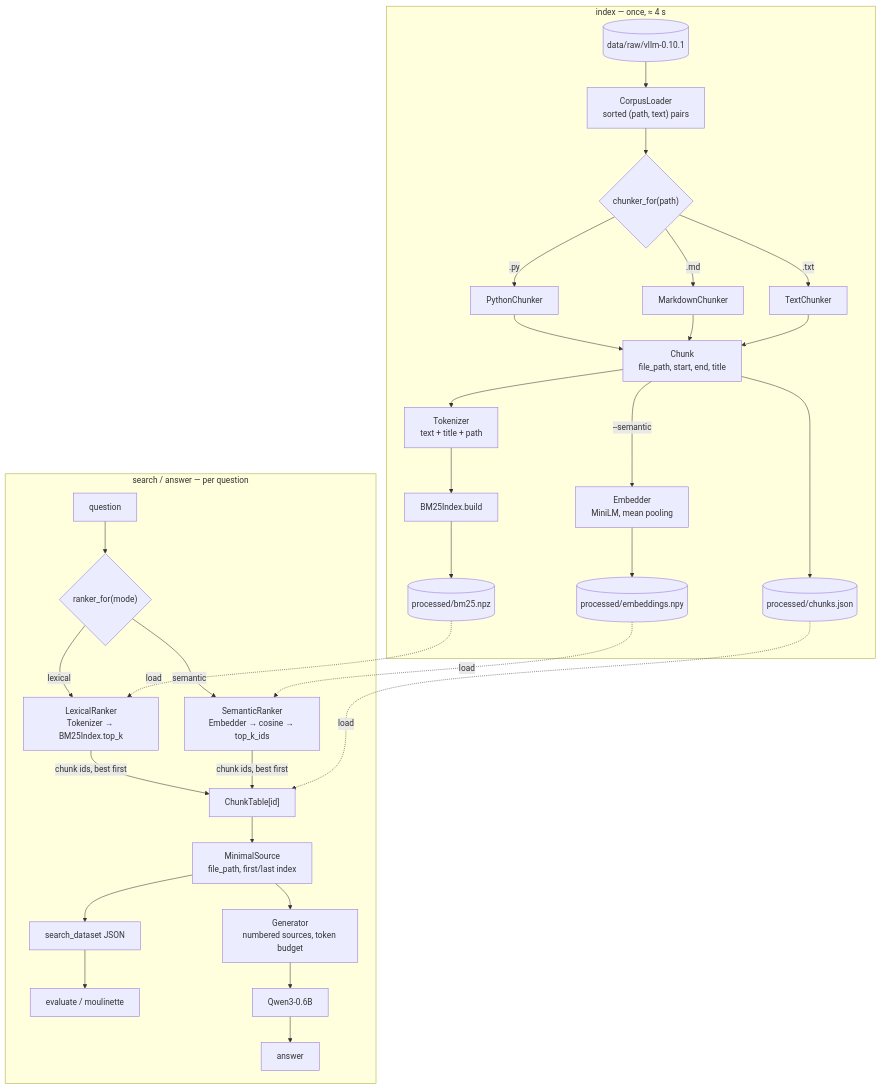
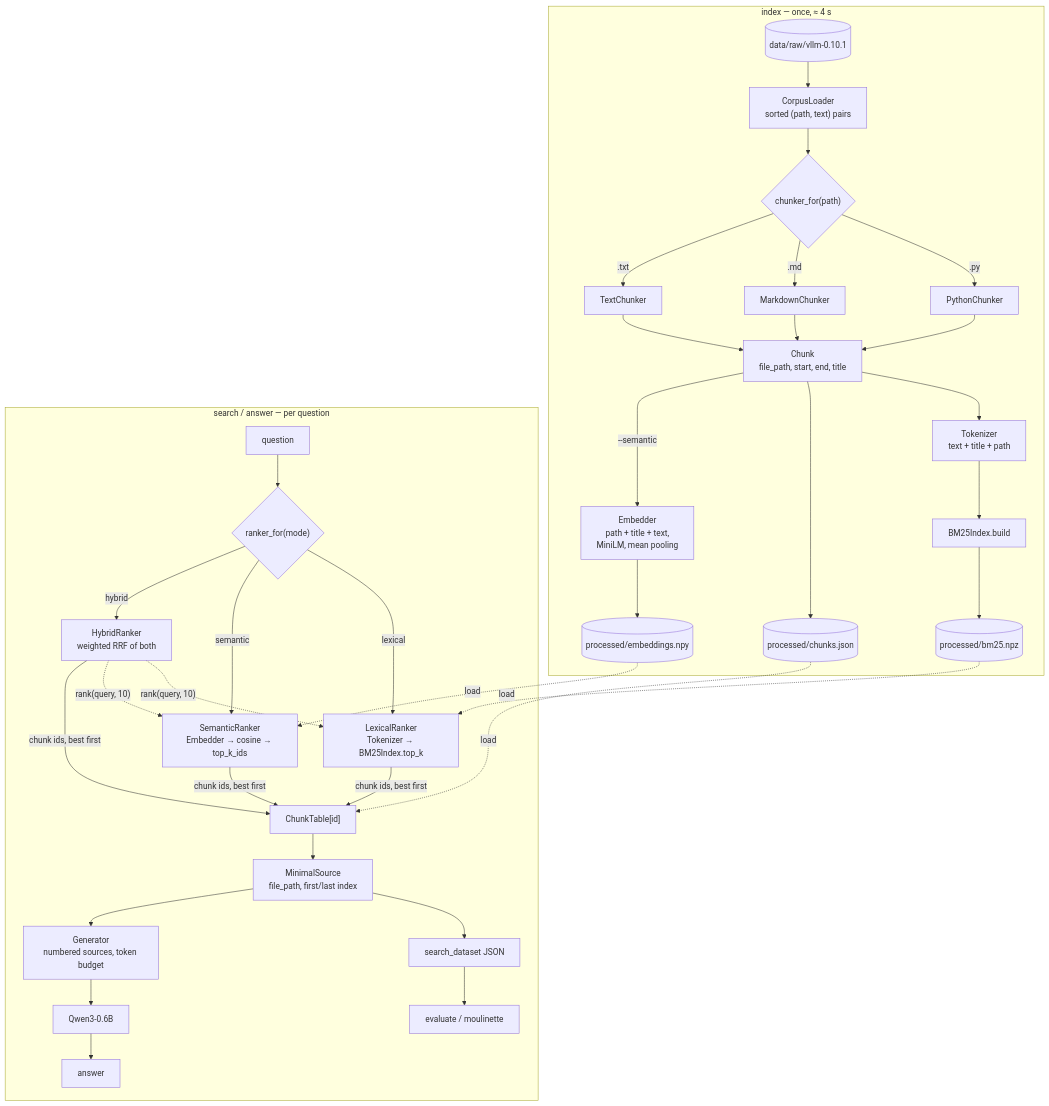
Before and after one commit to creerghost/RAG_against_the_machine: the diagram in README.md, drawn with Mermaid. The commit also changed other lines of this file and 2 other files, not shown here.

````diff
--- a/README.md
+++ b/README.md
@@ -235,37 +249,41 @@
 ```mermaid
 flowchart TD
     subgraph INDEX["index — once, ≈ 4 s"]
         RAW[("data/raw/vllm-0.10.1")] --> LOAD["CorpusLoader<br/>sorted (path, text) pairs"]
         LOAD --> PICK{"chunker_for(path)"}
         PICK -->|".py"| PY["PythonChunker"]
         PICK -->|".md"| MD["MarkdownChunker"]
         PICK -->|".txt"| TXT["TextChunker"]
         PY --> CH["Chunk<br/>file_path, start, end, title"]
         MD --> CH
         TXT --> CH
         CH --> TOK1["Tokenizer<br/>text + title + path"]
         TOK1 --> BUILD["BM25Index.build"]
         BUILD --> NPZ[("processed/bm25.npz")]
         CH --> TABLE[("processed/chunks.json")]
-        CH -->|"--semantic"| EMB1["Embedder<br/>MiniLM, mean pooling"]
+        CH -->|"--semantic"| EMB1["Embedder<br/>path + title + text,<br/>MiniLM, mean pooling"]
         EMB1 --> NPY[("processed/embeddings.npy")]
     end
 
     subgraph QUERY["search / answer — per question"]
         Q["question"] --> RANK{"ranker_for(mode)"}
         RANK -->|"lexical"| TOK2["LexicalRanker<br/>Tokenizer → BM25Index.top_k"]
         RANK -->|"semantic"| COS["SemanticRanker<br/>Embedder → cosine → top_k_ids"]
+        RANK -->|"hybrid"| HYB["HybridRanker<br/>weighted RRF of both"]
+        HYB -.->|"rank(query, 10)"| TOK2
+        HYB -.->|"rank(query, 10)"| COS
         TOK2 -->|"chunk ids, best first"| MAP["ChunkTable[id]"]
         COS -->|"chunk ids, best first"| MAP
+        HYB -->|"chunk ids, best first"| MAP
         MAP --> SRC["MinimalSource<br/>file_path, first/last index"]
         SRC --> OUT["search_dataset JSON"]
         OUT --> EVAL["evaluate / moulinette"]
         SRC --> GEN["Generator<br/>numbered sources, token budget"]
         GEN --> QWEN["Qwen3-0.6B"]
         QWEN --> ANS["answer"]
     end
 
     NPZ -.->|"load"| TOK2
     NPY -.->|"load"| COS
     TABLE -.->|"load"| MAP
 ```
````
